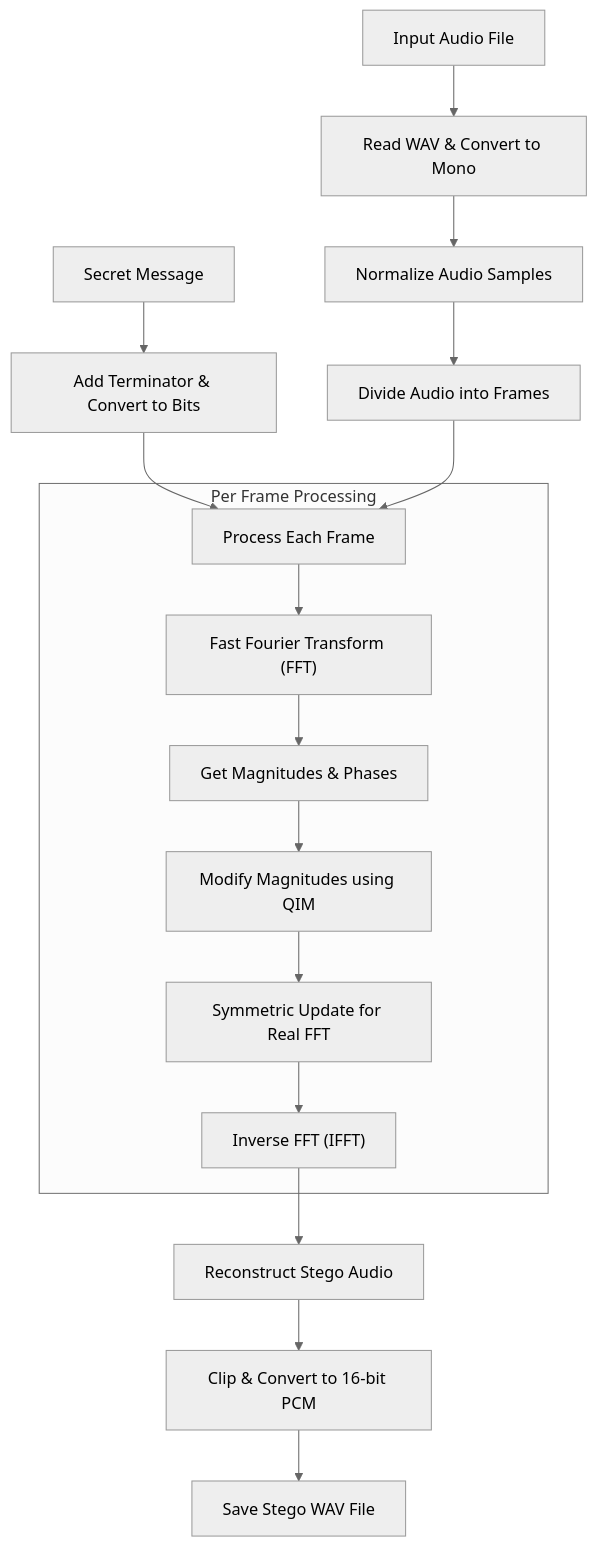
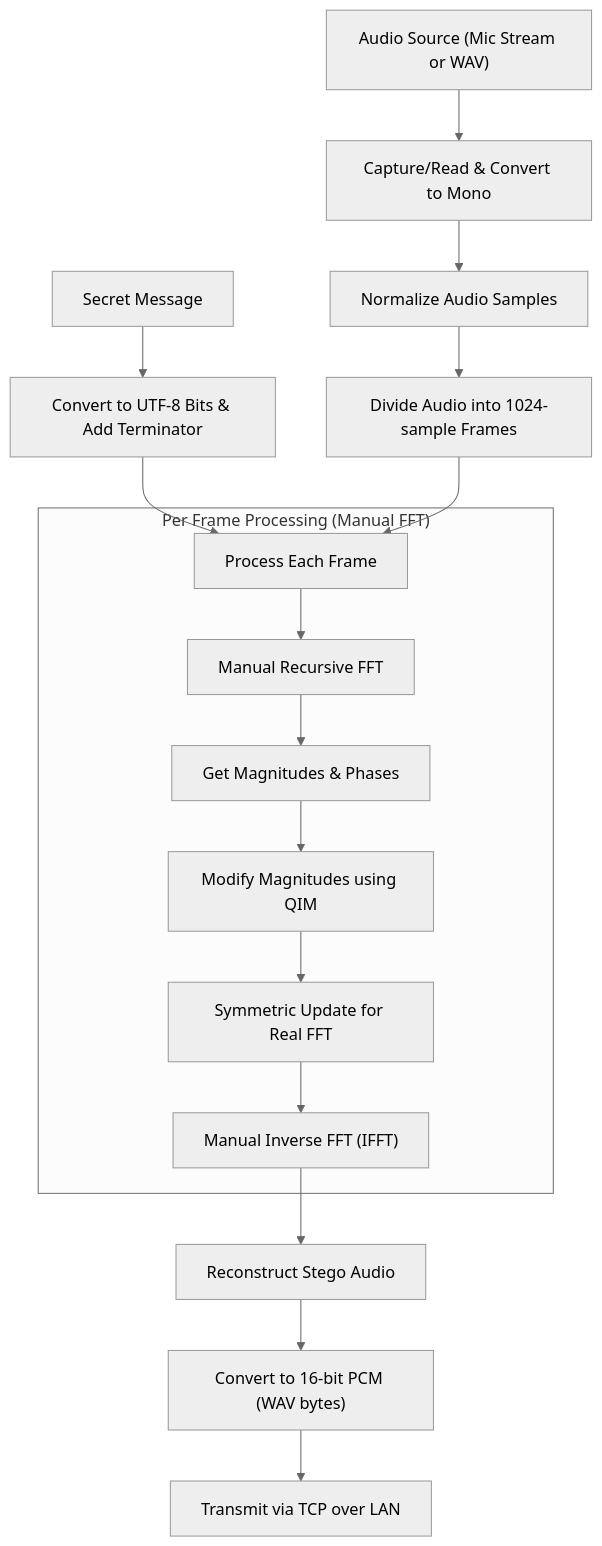
One commit to shrawan077/Audio-Steganography-project changed the first of 4 diagrams in walkthrough2.md. Above: the diagram before and after it, drawn with Mermaid (neutral theme). The commit also changed other lines of this file and 3 other files, not shown here.

````diff
--- a/walkthrough2.md
+++ b/walkthrough2.md
@@ -9,21 +9,21 @@
 ```mermaid
 graph TD
-    A["Input Audio File"] --> B["Read WAV & Convert to Mono"]
+    A["Audio Source (Mic Stream or WAV)"] --> B["Capture/Read & Convert to Mono"]
     B --> C["Normalize Audio Samples"]
-    D["Secret Message"] --> E["Add Terminator & Convert to Bits"]
-    C --> F["Divide Audio into Frames"]
+    D["Secret Message"] --> E["Convert to UTF-8 Bits & Add Terminator"]
+    C --> F["Divide Audio into 1024-sample Frames"]
     E --> G["Process Each Frame"]
     F --> G
     
-    subgraph "Per Frame Processing"
-        G --> H["Fast Fourier Transform (FFT)"]
+    subgraph "Per Frame Processing (Manual FFT)"
+        G --> H["Manual Recursive FFT"]
         H --> I["Get Magnitudes & Phases"]
         I --> J["Modify Magnitudes using QIM"]
         J --> K["Symmetric Update for Real FFT"]
-        K --> L["Inverse FFT (IFFT)"]
+        K --> L["Manual Inverse FFT (IFFT)"]
     end
     
     L --> M["Reconstruct Stego Audio"]
-    M --> N["Clip & Convert to 16-bit PCM"]
-    N --> O["Save Stego WAV File"]
+    M --> N["Convert to 16-bit PCM (WAV bytes)"]
+    N --> O["Transmit via TCP over LAN"]
 ```
````
